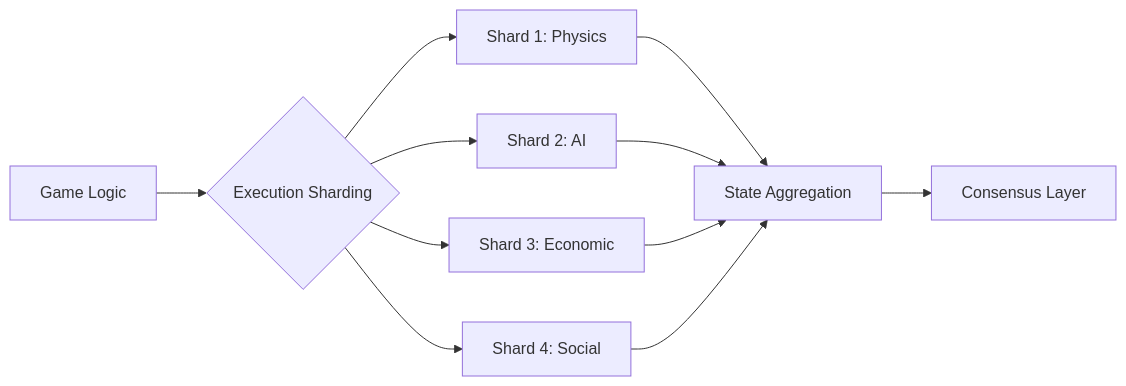
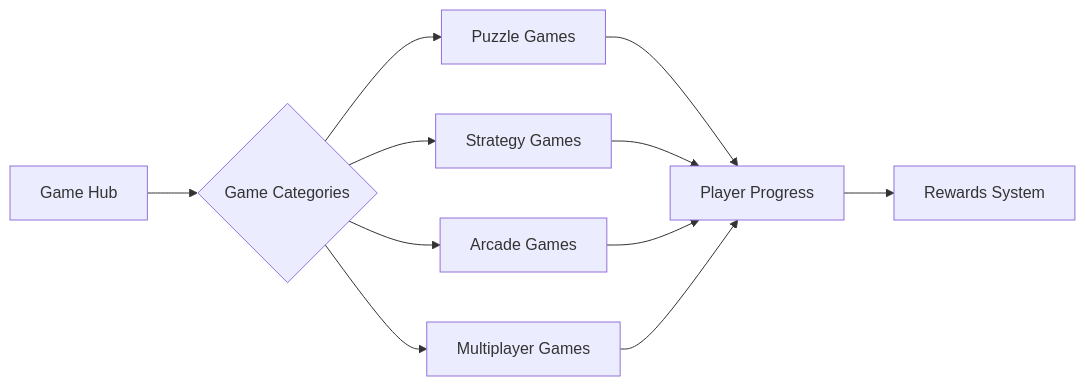
One commit to Kali-Decoder/BaseArena changed the third of 7 diagrams in README.md. Above: the diagram before and after it, drawn with Mermaid. The commit also changed other lines of this file, not shown here.

````diff
--- a/README.md
+++ b/README.md
@@ -58,15 +58,15 @@
 ```mermaid
 graph LR
-    A[Game Logic] --> B{Execution Sharding}
-    B --> C[Shard 1: Physics]
-    B --> D[Shard 2: AI]
-    B --> E[Shard 3: Economic]
-    B --> F[Shard 4: Social]
+    A[Game Hub] --> B{Game Categories}
+    B --> C[Puzzle Games]
+    B --> D[Strategy Games]
+    B --> E[Arcade Games]
+    B --> F[Multiplayer Games]
     
-    C --> G[State Aggregation]
+    C --> G[Player Progress]
     D --> G
     E --> G
     F --> G
     
-    G --> H[Consensus Layer]
+    G --> H[Rewards System]
 ```
````
